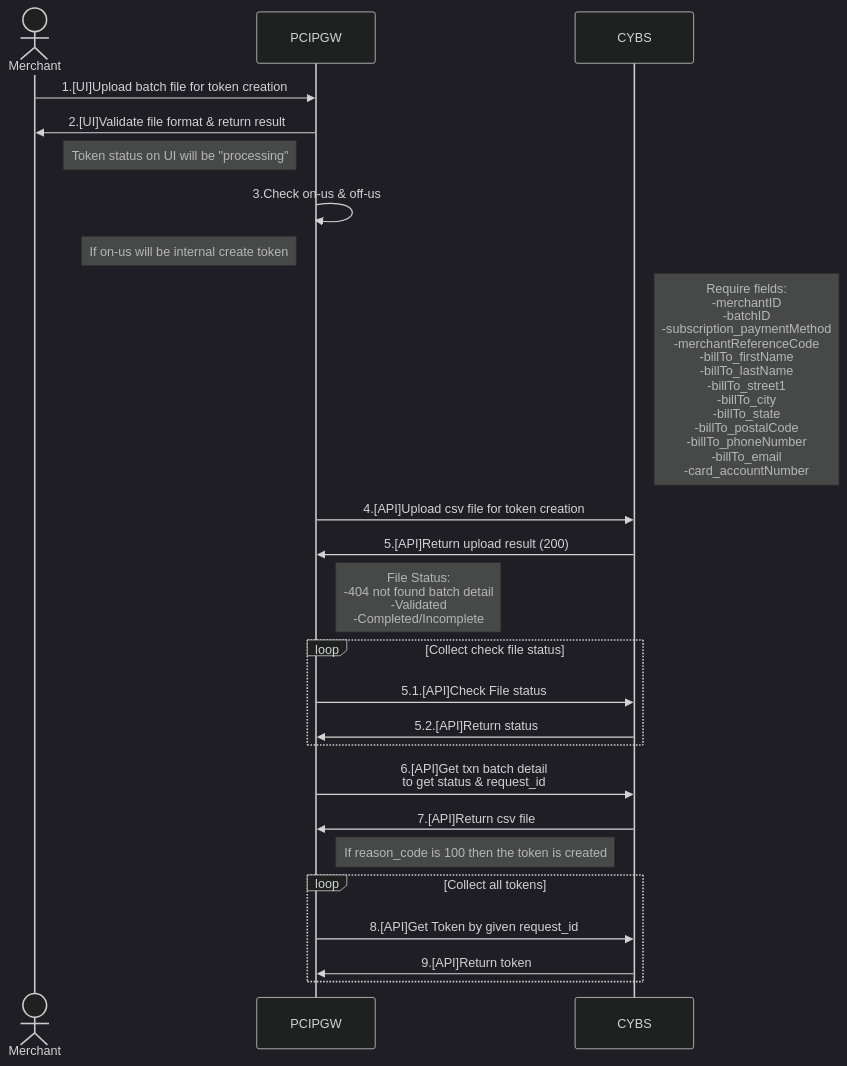
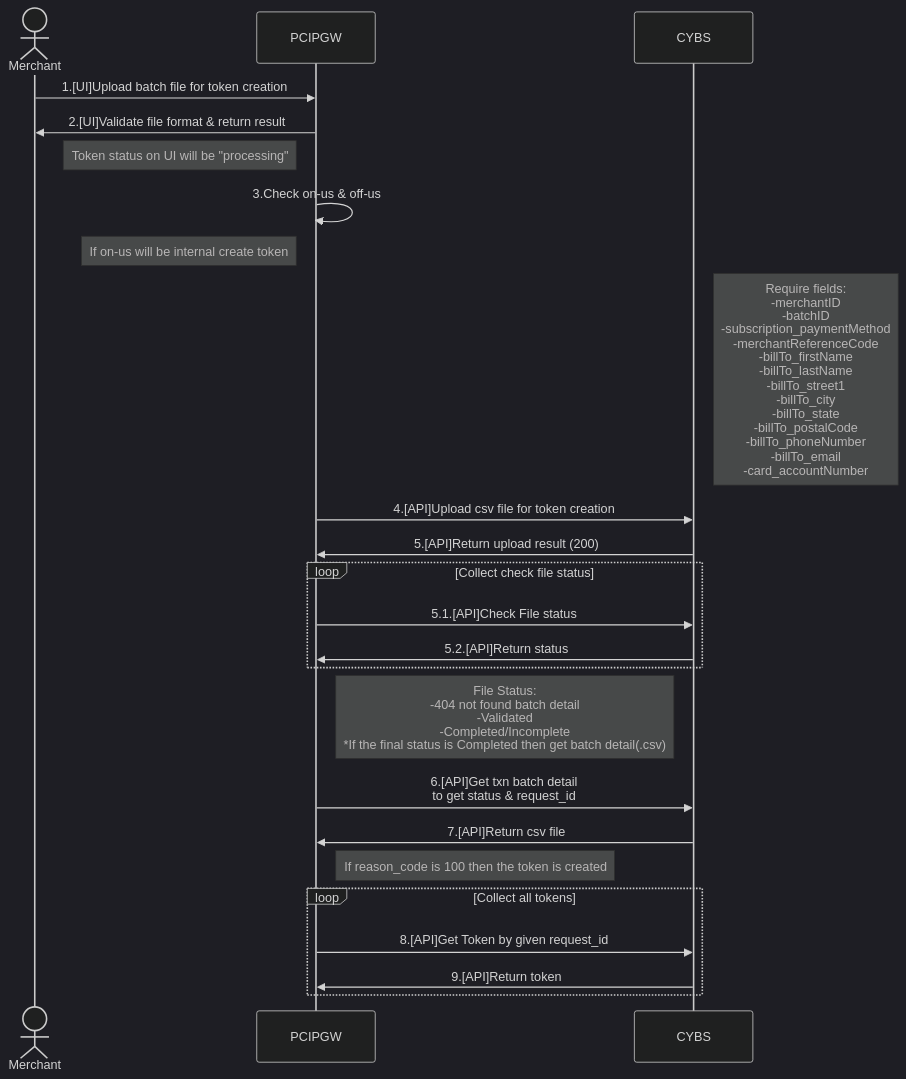
One commit to yuusuke25/MyNotes changed the first of 2 diagrams in CybsFlow.md. Above: the diagram before and after it, drawn with Mermaid (dark theme). The commit also changed other lines of this file, not shown here.

Commit message:
Update more a bit for file status process

````diff
--- a/CybsFlow.md
+++ b/CybsFlow.md
@@ -2,26 +2,26 @@
 ```mermaid
     sequenceDiagram
         Actor Merchant
         participant PCIPGW
         participant CYBS
         Merchant->>PCIPGW: 1.[UI]Upload batch file for token creation
         PCIPGW->>Merchant: 2.[UI]Validate file format & return result
         Note left of PCIPGW: Token status on UI will be "processing"
         PCIPGW->>PCIPGW: 3.Check on-us & off-us
         Note left of PCIPGW: If on-us will be internal create token
         Note right of CYBS: Require fields:<br> -merchantID<br> -batchID<br> -subscription_paymentMethod<br> -merchantReferenceCode<br> -billTo_firstName<br> -billTo_lastName<br> -billTo_street1<br> -billTo_city<br> -billTo_state<br> -billTo_postalCode<br> -billTo_phoneNumber<br> -billTo_email<br> -card_accountNumber
         PCIPGW->>CYBS: 4.[API]Upload csv file for token creation
         CYBS->>PCIPGW: 5.[API]Return upload result (200)
-        Note right of PCIPGW: File Status:<br> -404 not found batch detail<br> -Validated<br> -Completed/Incomplete
         Loop Collect check file status
             PCIPGW->>CYBS: 5.1.[API]Check File status
             CYBS->>PCIPGW: 5.2.[API]Return status
         end
+        Note right of PCIPGW: File Status:<br> -404 not found batch detail<br> -Validated<br> -Completed/Incomplete<br>*If the final status is Completed then get batch detail(.csv)
         PCIPGW->>CYBS: 6.[API]Get txn batch detail<br>to get status & request_id
         CYBS->>PCIPGW: 7.[API]Return csv file
         Note right of PCIPGW: If reason_code is 100 then the token is created
         Loop Collect all tokens
             PCIPGW->>CYBS: 8.[API]Get Token by given request_id
             CYBS->>PCIPGW: 9.[API]Return token
         end
 ```
````
